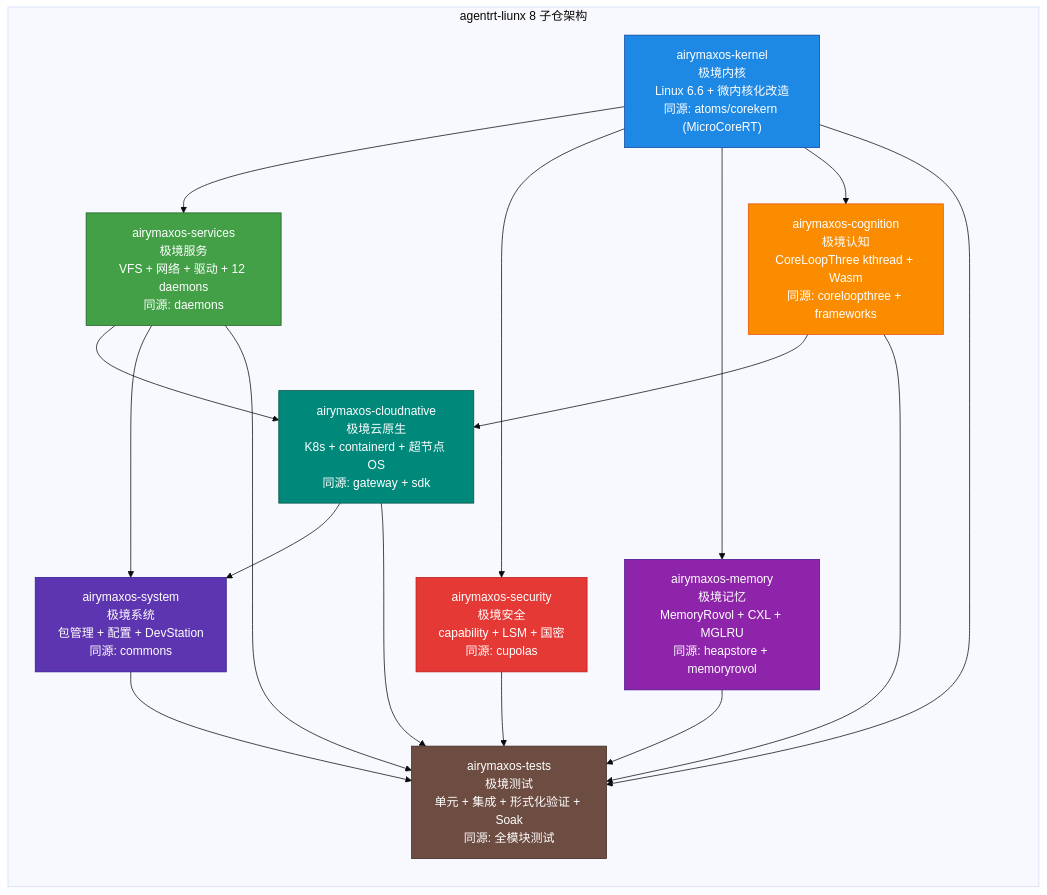
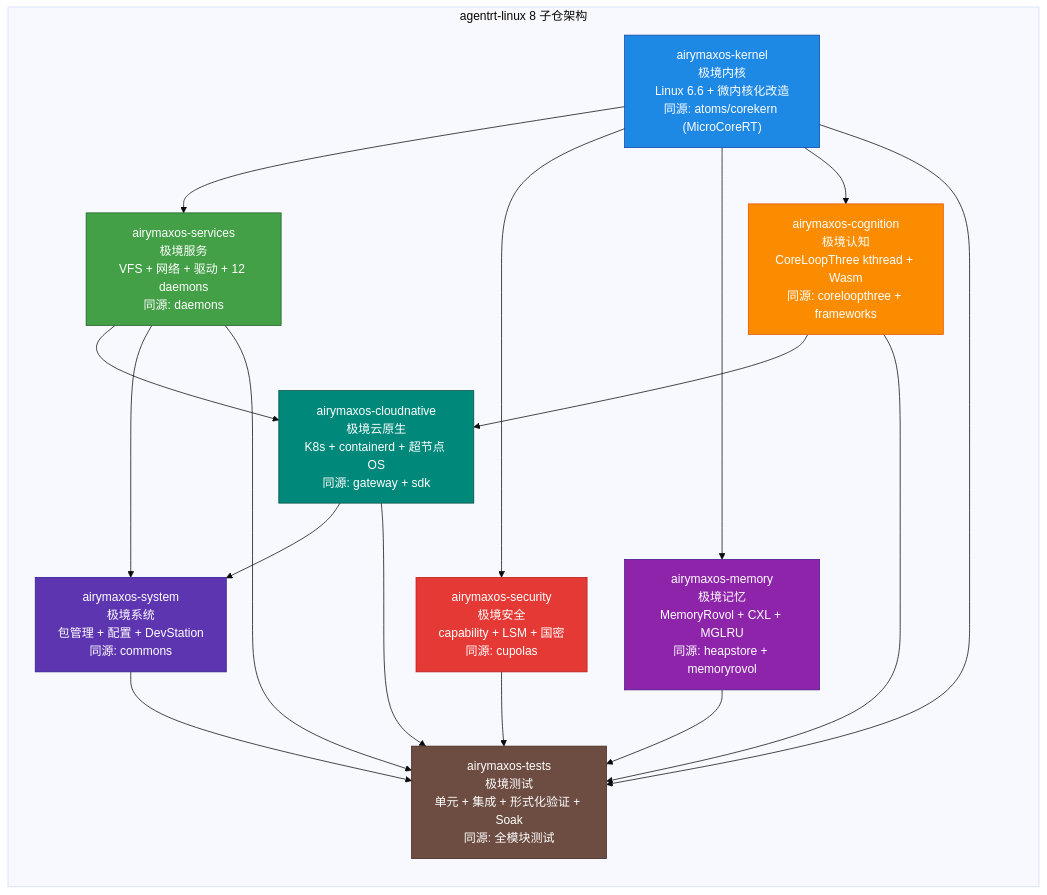
Before and after one commit to SpharxTeam/Docs: the first of 2 diagrams in AirymaxOS/10-architecture/README.md, drawn with Mermaid (base theme). The commit also changed other lines of this file and 132 other files, not shown here.

````diff
--- a/AirymaxOS/10-architecture/README.md
+++ b/AirymaxOS/10-architecture/README.md
@@ -50,49 +50,49 @@
 ```mermaid
 graph TB
-    subgraph "agentrt-liunx 8 子仓架构"
+    subgraph "agentrt-linux 8 子仓架构"
         direction TB
 
         KERNEL["airymaxos-kernel<br/>极境内核<br/>Linux 6.6 + 微内核化改造<br/>同源: atoms/corekern (MicroCoreRT)"]
         SERVICES["airymaxos-services<br/>极境服务<br/>VFS + 网络 + 驱动 + 12 daemons<br/>同源: daemons"]
         SECURITY["airymaxos-security<br/>极境安全<br/>capability + LSM + 国密<br/>同源: cupolas"]
         MEMORY["airymaxos-memory<br/>极境记忆<br/>MemoryRovol + CXL + MGLRU<br/>同源: heapstore + memoryrovol"]
         COGNITION["airymaxos-cognition<br/>极境认知<br/>CoreLoopThree kthread + Wasm<br/>同源: coreloopthree + frameworks"]
         CLOUDNATIVE["airymaxos-cloudnative<br/>极境云原生<br/>K8s + containerd + 超节点 OS<br/>同源: gateway + sdk"]
         SYSTEM["airymaxos-system<br/>极境系统<br/>包管理 + 配置 + DevStation<br/>同源: commons"]
         TESTS["airymaxos-tests<br/>极境测试<br/>单元 + 集成 + 形式化验证 + Soak<br/>同源: 全模块测试"]
 
         KERNEL --> SERVICES
         KERNEL --> SECURITY
         KERNEL --> MEMORY
         KERNEL --> COGNITION
         SERVICES --> CLOUDNATIVE
         COGNITION --> CLOUDNATIVE
         SERVICES --> SYSTEM
         CLOUDNATIVE --> SYSTEM
         KERNEL --> TESTS
         SERVICES --> TESTS
         SECURITY --> TESTS
         MEMORY --> TESTS
         COGNITION --> TESTS
         CLOUDNATIVE --> TESTS
         SYSTEM --> TESTS
     end
 
     classDef kernelStyle fill:#1e88e5,stroke:#0d47a1,color:#ffffff
     classDef serviceStyle fill:#43a047,stroke:#1b5e20,color:#ffffff
     classDef securityStyle fill:#e53935,stroke:#b71c1c,color:#ffffff
     classDef memoryStyle fill:#8e24aa,stroke:#4a148c,color:#ffffff
     classDef cognitionStyle fill:#fb8c00,stroke:#e65100,color:#ffffff
     classDef cloudStyle fill:#00897b,stroke:#004d40,color:#ffffff
     classDef systemStyle fill:#5e35b1,stroke:#311b92,color:#ffffff
     classDef testStyle fill:#6d4c41,stroke:#3e2723,color:#ffffff
 
     class KERNEL kernelStyle
     class SERVICES serviceStyle
     class SECURITY securityStyle
     class MEMORY memoryStyle
     class COGNITION cognitionStyle
     class CLOUDNATIVE cloudStyle
     class SYSTEM systemStyle
     class TESTS testStyle
 ```
````
